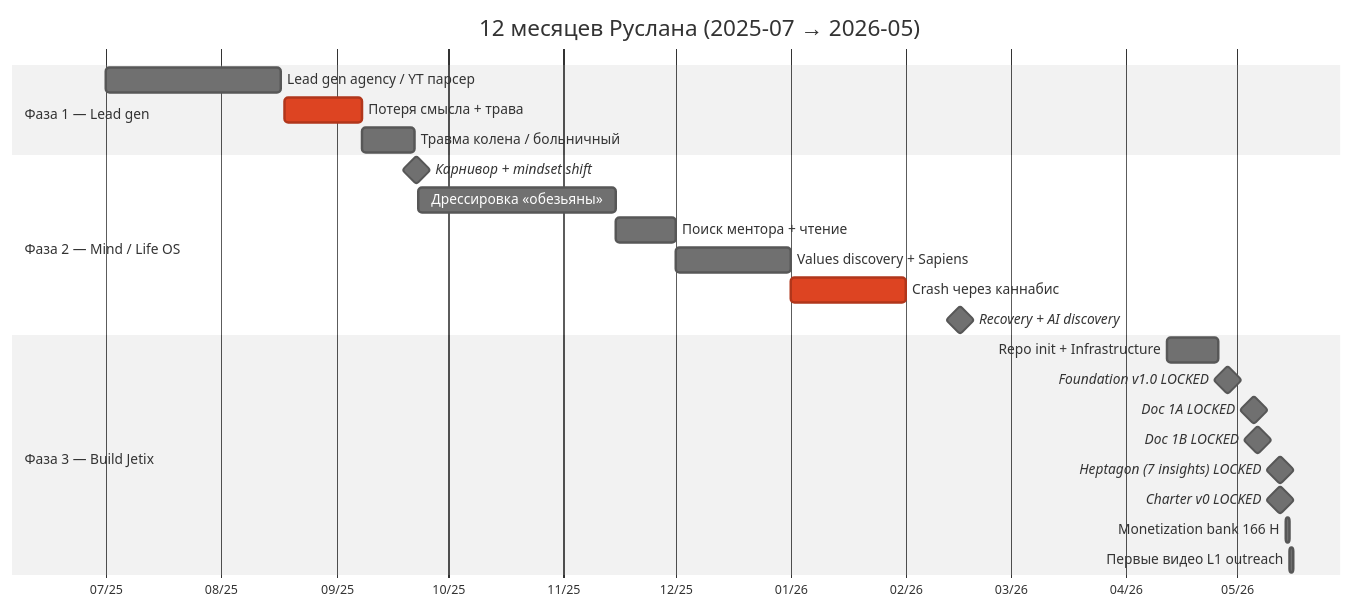
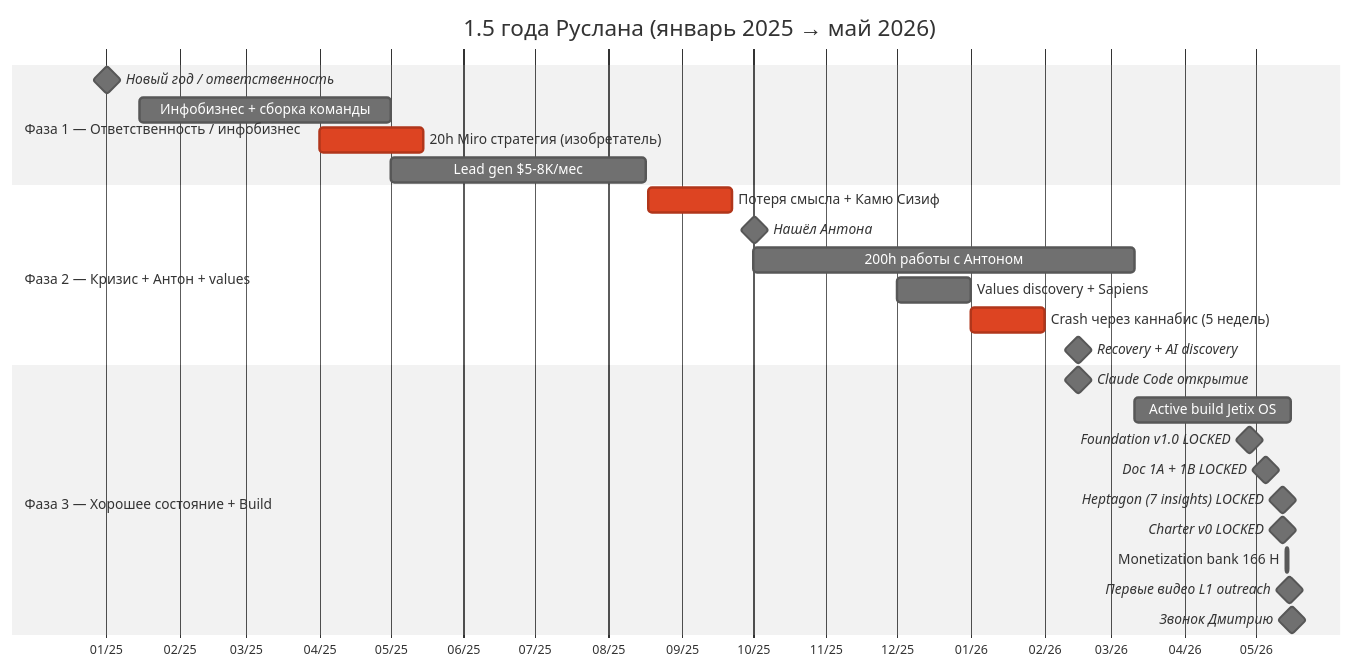
One commit to Bogersebekov/jetix-os changed the first of 2 diagrams in _DMITRY-CALL-PREP-2026-05-16.md. Above: the diagram before and after it, drawn with Mermaid (neutral theme). The commit also changed other lines of this file, not shown here.

First line of the commit message:
[outreach] redo Dmitry call prep — корректировка после Whisper artefacts (правильный narrative + правильные цели)

````diff
--- a/_DMITRY-CALL-PREP-2026-05-16.md
+++ b/_DMITRY-CALL-PREP-2026-05-16.md
@@ -164,29 +191,31 @@
 ```mermaid
 gantt
-    title 12 месяцев Руслана (2025-07 → 2026-05)
+    title 1.5 года Руслана (январь 2025 → май 2026)
     dateFormat YYYY-MM-DD
     axisFormat %m/%y
 
-    section Фаза 1 — Lead gen
-    Lead gen agency / YT парсер :2025-07-01, 2025-08-17
-    Потеря смысла + трава       :crit, 2025-08-18, 2025-09-08
-    Травма колена / больничный  :2025-09-08, 2025-09-22
+    section Фаза 1 — Ответственность / инфобизнес
+    Новый год / ответственность       :milestone, 2025-01-01, 1d
+    Инфобизнес + сборка команды        :2025-01-15, 2025-05-01
+    20h Miro стратегия (изобретатель)  :crit, 2025-04-01, 2025-05-15
+    Lead gen $5-8K/мес                 :2025-05-01, 2025-08-17
 
-    section Фаза 2 — Mind / Life OS
-    Карнивор + mindset shift    :milestone, 2025-09-22, 1d
-    Дрессировка «обезьяны»      :2025-09-23, 2025-11-15
-    Поиск ментора + чтение      :2025-11-15, 2025-12-01
-    Values discovery + Sapiens  :2025-12-01, 2026-01-01
-    Crash через каннабис        :crit, 2026-01-01, 2026-02-01
-    Recovery + AI discovery     :milestone, 2026-02-15, 1d
+    section Фаза 2 — Кризис + Антон + values
+    Потеря смысла + Камю Сизиф         :crit, 2025-08-18, 2025-09-22
+    Нашёл Антона                       :milestone, 2025-10-01, 1d
+    200h работы с Антоном              :2025-10-01, 2026-03-11
+    Values discovery + Sapiens         :2025-12-01, 2026-01-01
+    Crash через каннабис (5 недель)    :crit, 2026-01-01, 2026-02-01
+    Recovery + AI discovery            :milestone, 2026-02-15, 1d
 
-    section Фаза 3 — Build Jetix
-    Repo init + Infrastructure  :2026-04-12, 2026-04-26
-    Foundation v1.0 LOCKED      :milestone, 2026-04-28, 1d
-    Doc 1A LOCKED                :milestone, 2026-05-05, 1d
-    Doc 1B LOCKED                :milestone, 2026-05-06, 1d
-    Heptagon (7 insights) LOCKED:milestone, 2026-05-12, 1d
-    Charter v0 LOCKED            :milestone, 2026-05-12, 1d
-    Monetization bank 166 H     :2026-05-14, 2026-05-15
-    Первые видео L1 outreach    :2026-05-15, 2026-05-16
+    section Фаза 3 — Хорошее состояние + Build
+    Claude Code открытие               :milestone, 2026-02-15, 1d
+    Active build Jetix OS              :2026-03-11, 2026-05-16
+    Foundation v1.0 LOCKED             :milestone, 2026-04-28, 1d
+    Doc 1A + 1B LOCKED                 :milestone, 2026-05-05, 1d
+    Heptagon (7 insights) LOCKED       :milestone, 2026-05-12, 1d
+    Charter v0 LOCKED                  :milestone, 2026-05-12, 1d
+    Monetization bank 166 H            :2026-05-14, 2026-05-15
+    Первые видео L1 outreach           :milestone, 2026-05-15, 1d
+    Звонок Дмитрию                     :milestone, 2026-05-16, 1d
 ```
````
